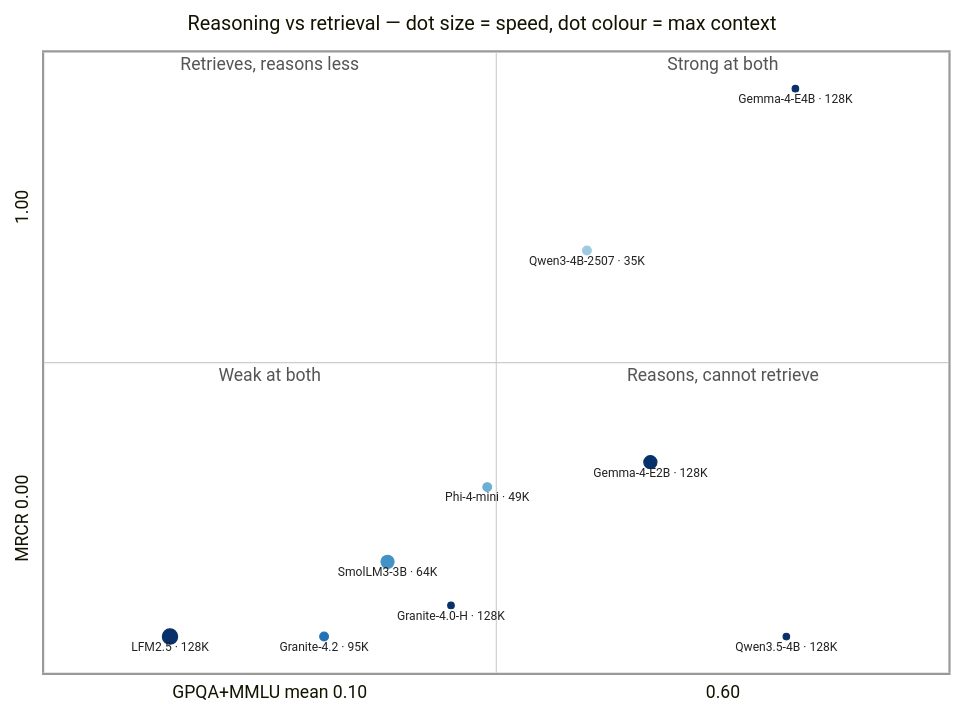
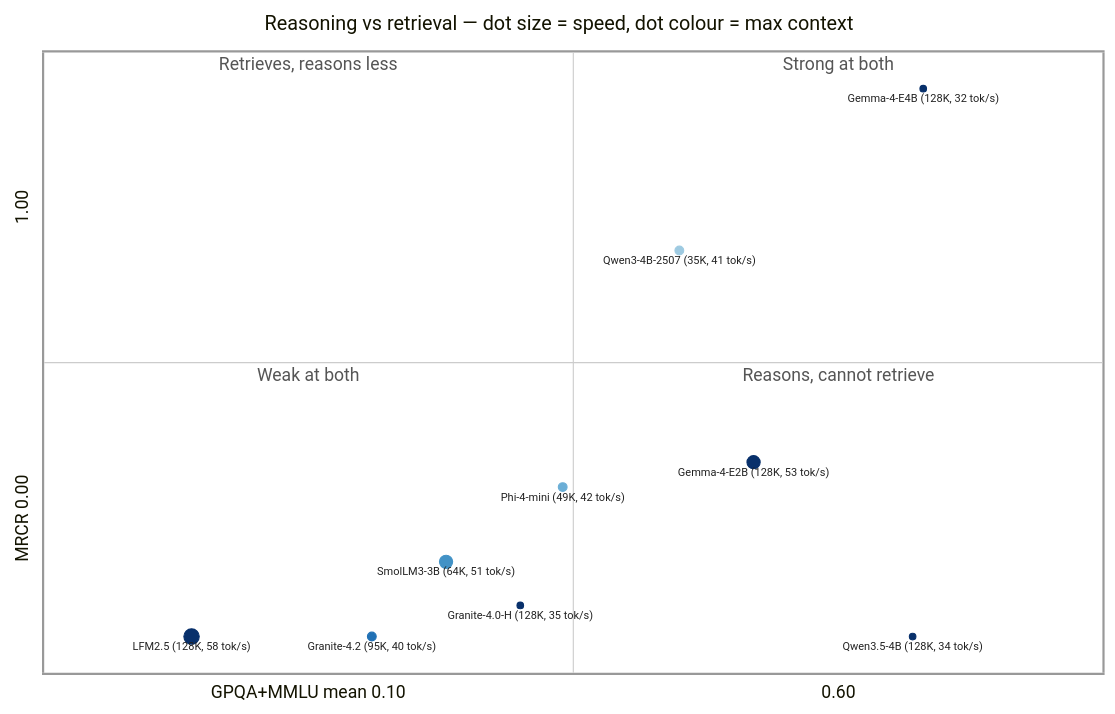
The diagram in models.md (maximosipov/macbook-pro-2019-radeon-5500m-4gb), drawn with Mermaid before and after one commit. The commit also changed other lines of this file, not shown here.

Commit message:
Print context and speed in each dot label
Labels now read "Model (128K, 32 tok/s)", so the two encoded dimensions can be
read exactly rather than estimated from dot size and shade.

Point labels had to be quoted for this: Mermaid's quadrant parser rejects
parentheses in an unquoted label, the same class of limitation as its refusal of
decimal radii. Chart width and label size were adjusted so the longer labels do
not collide; rendered and checked before committing.

A check verifies every label's speed against the speed table, every colour
against the ceilings table, and that dot size stays monotonic in tok/s.

````diff
--- a/models.md
+++ b/models.md
@@ -31,39 +33,39 @@
 ```mermaid
 ---
 config:
   quadrantChart:
-    chartWidth: 860
+    chartWidth: 1000
     chartHeight: 640
-    pointLabelFontSize: 11
+    pointLabelFontSize: 10
     titleFontSize: 18
   themeVariables:
     quadrant1Fill: "#ffffff"
     quadrant2Fill: "#ffffff"
     quadrant3Fill: "#ffffff"
     quadrant4Fill: "#ffffff"
     quadrant1TextFill: "#555555"
     quadrant2TextFill: "#555555"
     quadrant3TextFill: "#555555"
     quadrant4TextFill: "#555555"
     quadrantInternalBorderStrokeFill: "#cccccc"
     quadrantExternalBorderStrokeFill: "#999999"
     quadrantPointTextFill: "#222222"
 ---
 quadrantChart
     title Reasoning vs retrieval — dot size = speed, dot colour = max context
     x-axis "GPQA+MMLU mean 0.10" --> "0.60"
     y-axis "MRCR 0.00" --> "1.00"
     quadrant-1 Strong at both
     quadrant-2 Retrieves, reasons less
     quadrant-3 Weak at both
     quadrant-4 Reasons, cannot retrieve
-    Gemma-4-E4B · 128K: [0.83, 0.94] radius: 3, color: #08306b, stroke-color: #08306b, stroke-width: 1px
-    Qwen3-4B-2507 · 35K: [0.60, 0.68] radius: 4, color: #9ecae1, stroke-color: #9ecae1, stroke-width: 1px
-    Gemma-4-E2B · 128K: [0.67, 0.34] radius: 6, color: #08306b, stroke-color: #08306b, stroke-width: 1px
-    Phi-4-mini · 49K: [0.49, 0.30] radius: 4, color: #6baed6, stroke-color: #6baed6, stroke-width: 1px
-    SmolLM3-3B · 64K: [0.38, 0.18] radius: 6, color: #4292c6, stroke-color: #4292c6, stroke-width: 1px
-    Granite-4.0-H · 128K: [0.45, 0.11] radius: 3, color: #08306b, stroke-color: #08306b, stroke-width: 1px
-    Granite-4.2 · 95K: [0.31, 0.06] radius: 4, color: #2171b5, stroke-color: #2171b5, stroke-width: 1px
-    LFM2.5 · 128K: [0.14, 0.06] radius: 7, color: #08306b, stroke-color: #08306b, stroke-width: 1px
-    Qwen3.5-4B · 128K: [0.82, 0.06] radius: 3, color: #08306b, stroke-color: #08306b, stroke-width: 1px
+    "Gemma-4-E4B (128K, 32 tok/s)": [0.83, 0.94] radius: 3, color: #08306b, stroke-color: #08306b, stroke-width: 1px
+    "Qwen3-4B-2507 (35K, 41 tok/s)": [0.60, 0.68] radius: 4, color: #9ecae1, stroke-color: #9ecae1, stroke-width: 1px
+    "Gemma-4-E2B (128K, 53 tok/s)": [0.67, 0.34] radius: 6, color: #08306b, stroke-color: #08306b, stroke-width: 1px
+    "Phi-4-mini (49K, 42 tok/s)": [0.49, 0.30] radius: 4, color: #6baed6, stroke-color: #6baed6, stroke-width: 1px
+    "SmolLM3-3B (64K, 51 tok/s)": [0.38, 0.18] radius: 6, color: #4292c6, stroke-color: #4292c6, stroke-width: 1px
+    "Granite-4.0-H (128K, 35 tok/s)": [0.45, 0.11] radius: 3, color: #08306b, stroke-color: #08306b, stroke-width: 1px
+    "Granite-4.2 (95K, 40 tok/s)": [0.31, 0.06] radius: 4, color: #2171b5, stroke-color: #2171b5, stroke-width: 1px
+    "LFM2.5 (128K, 58 tok/s)": [0.14, 0.06] radius: 7, color: #08306b, stroke-color: #08306b, stroke-width: 1px
+    "Qwen3.5-4B (128K, 34 tok/s)": [0.82, 0.06] radius: 3, color: #08306b, stroke-color: #08306b, stroke-width: 1px
 ```
````
